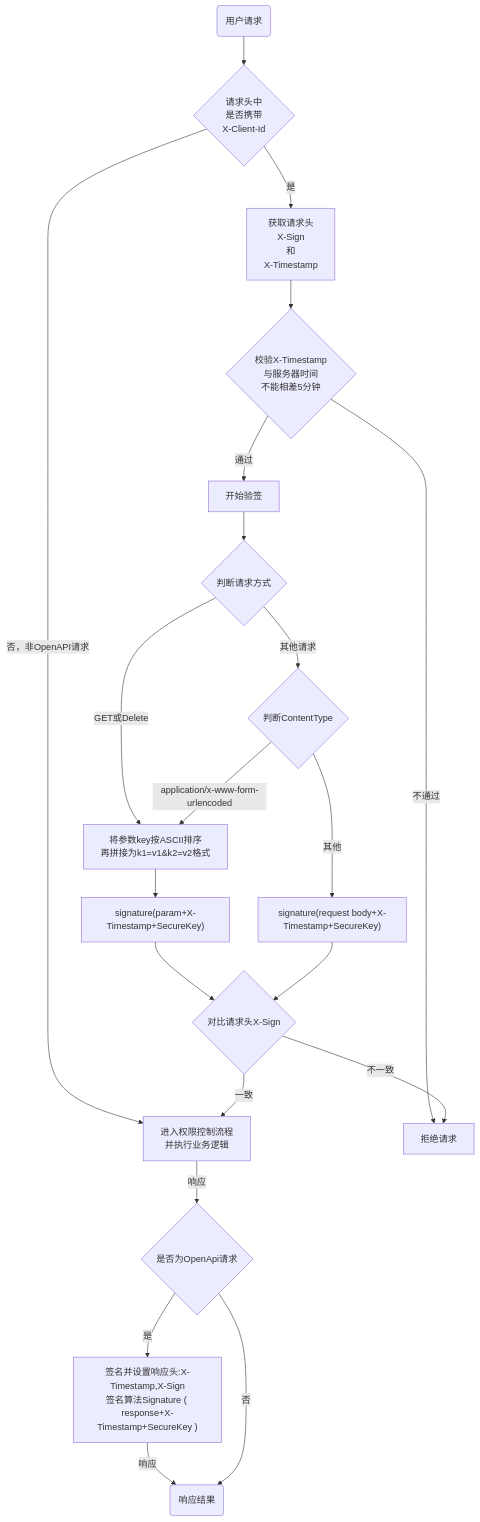
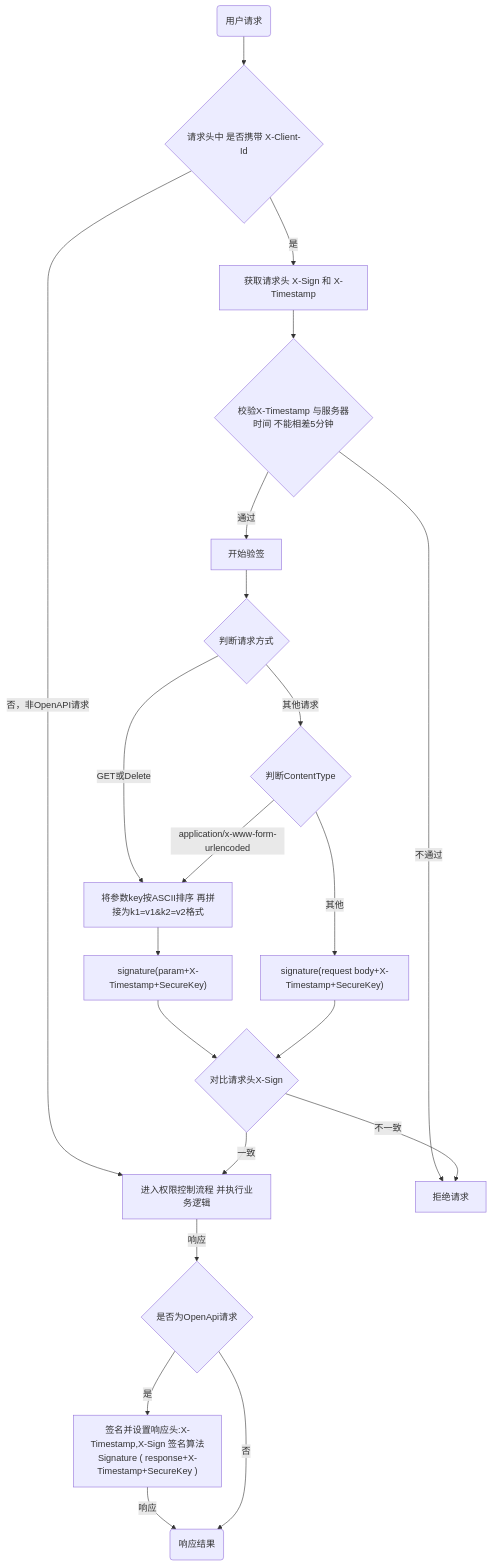
The diagram in src/zh/evmars/open-api.md (zeje/EviewCloudDoc), drawn with Mermaid before and after one commit. The commit also changed other lines of this file and 4 other files, not shown here.

````diff
--- a/src/zh/evmars/open-api.md
+++ b/src/zh/evmars/open-api.md
@@ -13,27 +13,27 @@
 ``` mermaid
 graph TD
 
-	userRequest(用户请求) --> xClientId{请求头中</br>是否携带</br>X-Client-Id}
-	xClientId --是--> getHeader[获取请求头</br>X-Sign</br>和</br>X-Timestamp]
-    xClientId --"否，非OpenAPI请求"--> auth[进入权限控制流程</br>并执行业务逻辑]
+	userRequest(用户请求) --> xClientId{请求头中 是否携带 X-Client-Id}
+	xClientId --是--> getHeader[获取请求头 X-Sign 和 X-Timestamp]
+    xClientId --"否，非OpenAPI请求"--> auth[进入权限控制流程 并执行业务逻辑]
     auth --响应--> open-api{是否为OpenApi请求}
-    open-api --是--> setHeader["签名并设置响应头:X-Timestamp,X-Sign</br>签名算法Signature ( response+X-Timestamp+SecureKey )"]
+    open-api --是--> setHeader["签名并设置响应头:X-Timestamp,X-Sign 签名算法Signature ( response+X-Timestamp+SecureKey )"]
     setHeader --响应--> response(响应结果)
     open-api --否--> response
 
-	getHeader --> checkHeader{校验X-Timestamp</br>与服务器时间</br>不能相差5分钟}
+	getHeader --> checkHeader{校验X-Timestamp 与服务器时间 不能相差5分钟}
     checkHeader --通过--> checkSign[开始验签]
     checkHeader --不通过--> reject[拒绝请求]
 	checkSign --> httpMethod{判断请求方式}
-    httpMethod --GET或Delete--> join[将参数key按ASCII排序</br>再拼接为k1=v1&k2=v2格式]
+    httpMethod --GET或Delete--> join[将参数key按ASCII排序 再拼接为k1=v1&k2=v2格式]
     httpMethod --其他请求--> contentType{判断ContentType}
     contentType --application/x-www-form-urlencoded--> join
     join --> signature["signature(param+X-Timestamp+SecureKey)"]
     contentType --其他--> otherSignature["signature(request body+X-Timestamp+SecureKey)"]
 
     signature --> compare{对比请求头X-Sign}
     otherSignature --> compare
     compare --不一致--> reject
     compare --一致--> auth
 
 ```
````
